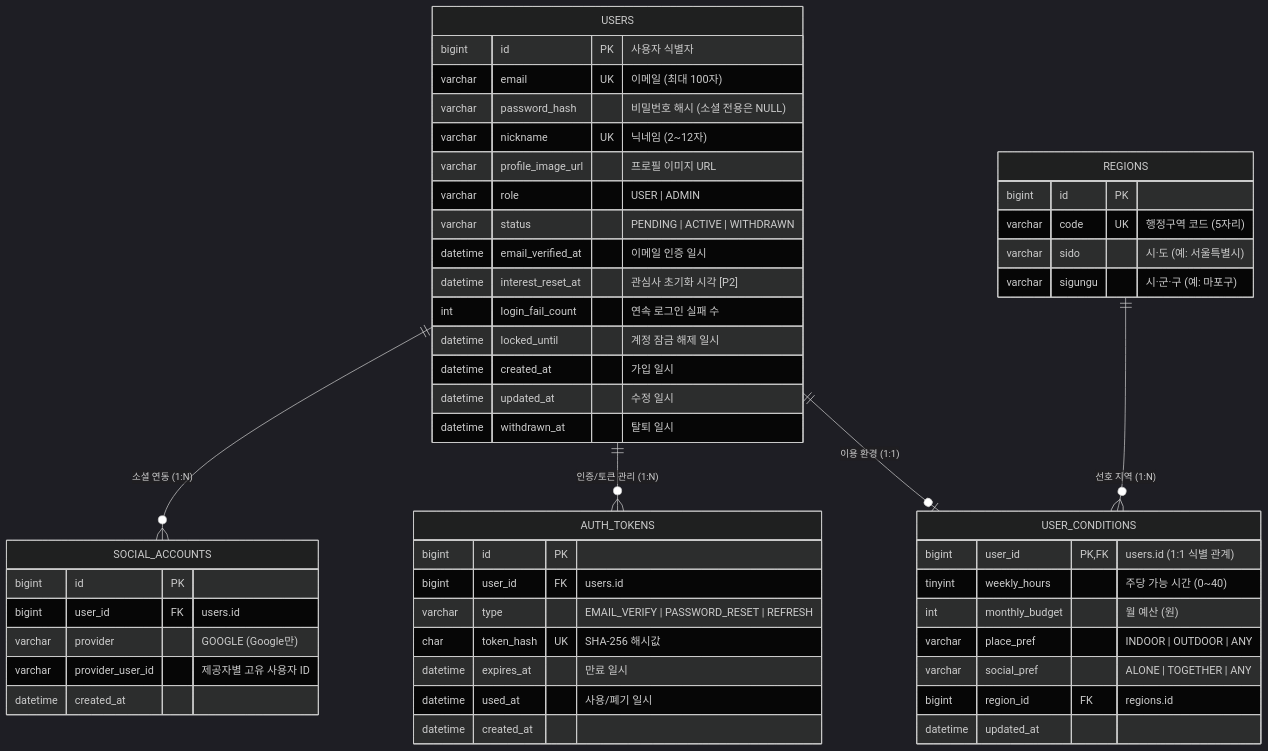
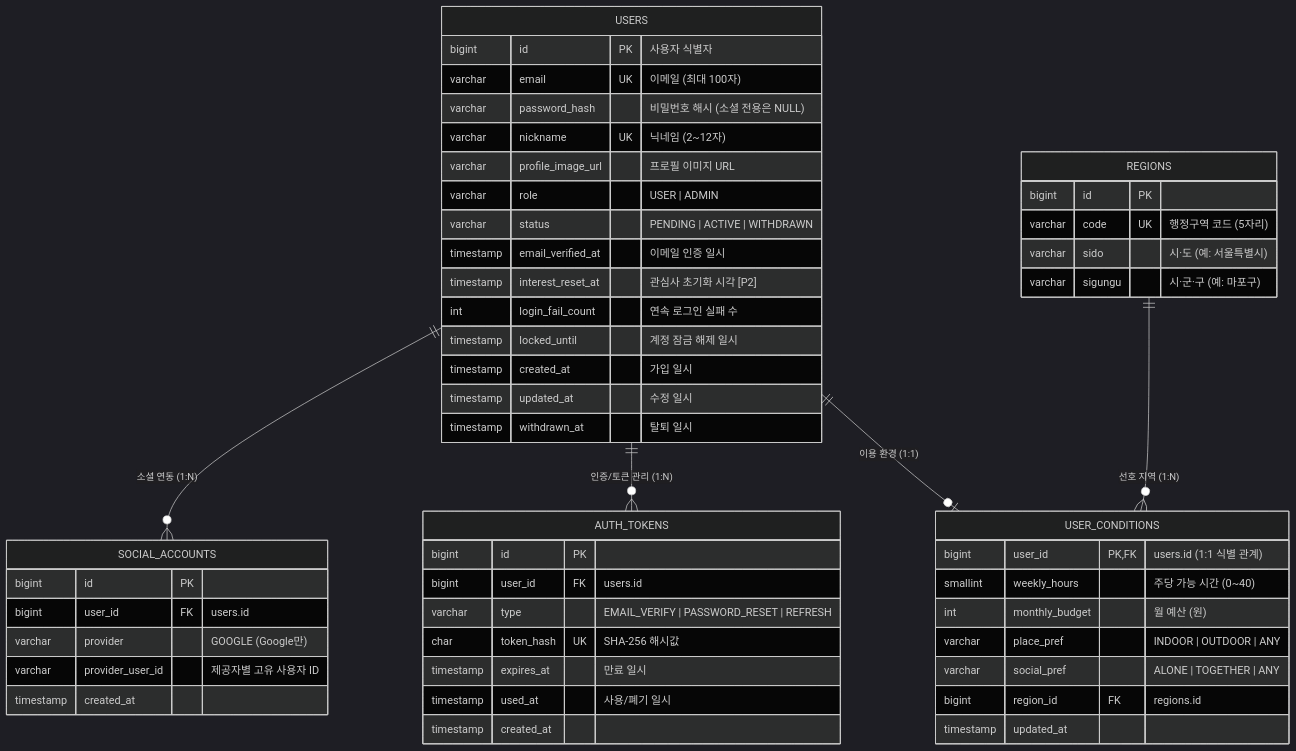
Before and after one commit to MinBeom2/NyamNyamHobby: the second of 8 diagrams in repo/docs/db/ERD.md, drawn with Mermaid (dark theme). The commit also changed other lines of this file and 7 other files, not shown here.

````diff
--- a/repo/docs/db/ERD.md
+++ b/repo/docs/db/ERD.md
@@ -80,59 +81,59 @@
 ```mermaid
 erDiagram
     USERS ||--o{ SOCIAL_ACCOUNTS : "소셜 연동 (1:N)"
     USERS ||--o{ AUTH_TOKENS : "인증/토큰 관리 (1:N)"
     USERS ||--o| USER_CONDITIONS : "이용 환경 (1:1)"
     REGIONS ||--o{ USER_CONDITIONS : "선호 지역 (1:N)"
 
     USERS {
         bigint id PK "사용자 식별자"
         varchar email UK "이메일 (최대 100자)"
         varchar password_hash "비밀번호 해시 (소셜 전용은 NULL)"
         varchar nickname UK "닉네임 (2~12자)"
         varchar profile_image_url "프로필 이미지 URL"
         varchar role "USER | ADMIN"
         varchar status "PENDING | ACTIVE | WITHDRAWN"
-        datetime email_verified_at "이메일 인증 일시"
-        datetime interest_reset_at "관심사 초기화 시각 [P2]"
+        timestamp email_verified_at "이메일 인증 일시"
+        timestamp interest_reset_at "관심사 초기화 시각 [P2]"
         int login_fail_count "연속 로그인 실패 수"
-        datetime locked_until "계정 잠금 해제 일시"
-        datetime created_at "가입 일시"
-        datetime updated_at "수정 일시"
-        datetime withdrawn_at "탈퇴 일시"
+        timestamp locked_until "계정 잠금 해제 일시"
+        timestamp created_at "가입 일시"
+        timestamp updated_at "수정 일시"
+        timestamp withdrawn_at "탈퇴 일시"
     }
 
     SOCIAL_ACCOUNTS {
         bigint id PK
         bigint user_id FK "users.id"
         varchar provider "GOOGLE (Google만)"
         varchar provider_user_id "제공자별 고유 사용자 ID"
-        datetime created_at
+        timestamp created_at
     }
 
     AUTH_TOKENS {
         bigint id PK
         bigint user_id FK "users.id"
         varchar type "EMAIL_VERIFY | PASSWORD_RESET | REFRESH"
         char token_hash UK "SHA-256 해시값"
-        datetime expires_at "만료 일시"
-        datetime used_at "사용/폐기 일시"
-        datetime created_at
+        timestamp expires_at "만료 일시"
+        timestamp used_at "사용/폐기 일시"
+        timestamp created_at
     }
 
     REGIONS {
         bigint id PK
         varchar code UK "행정구역 코드 (5자리)"
         varchar sido "시·도 (예: 서울특별시)"
         varchar sigungu "시·군·구 (예: 마포구)"
     }
 
     USER_CONDITIONS {
         bigint user_id PK, FK "users.id (1:1 식별 관계)"
-        tinyint weekly_hours "주당 가능 시간 (0~40)"
+        smallint weekly_hours "주당 가능 시간 (0~40)"
         int monthly_budget "월 예산 (원)"
         varchar place_pref "INDOOR | OUTDOOR | ANY"
         varchar social_pref "ALONE | TOGETHER | ANY"
         bigint region_id FK "regions.id"
-        datetime updated_at
+        timestamp updated_at
     }
 ```
````
